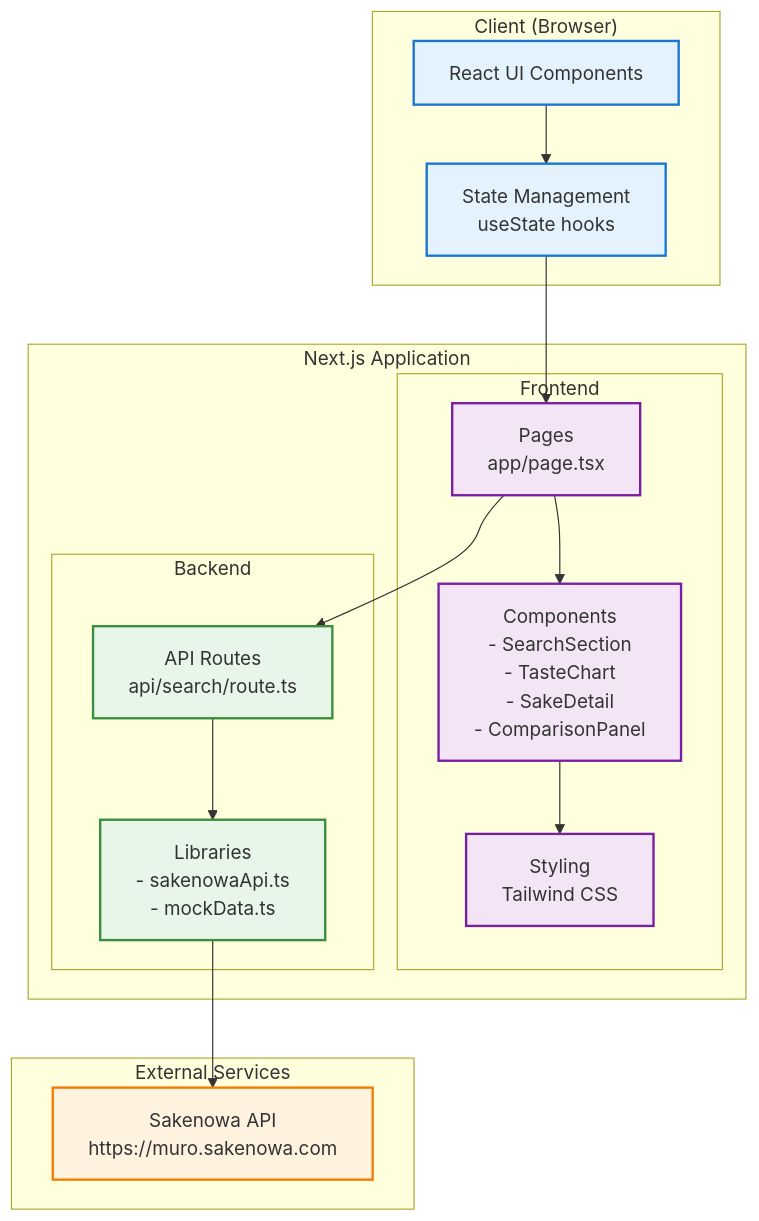
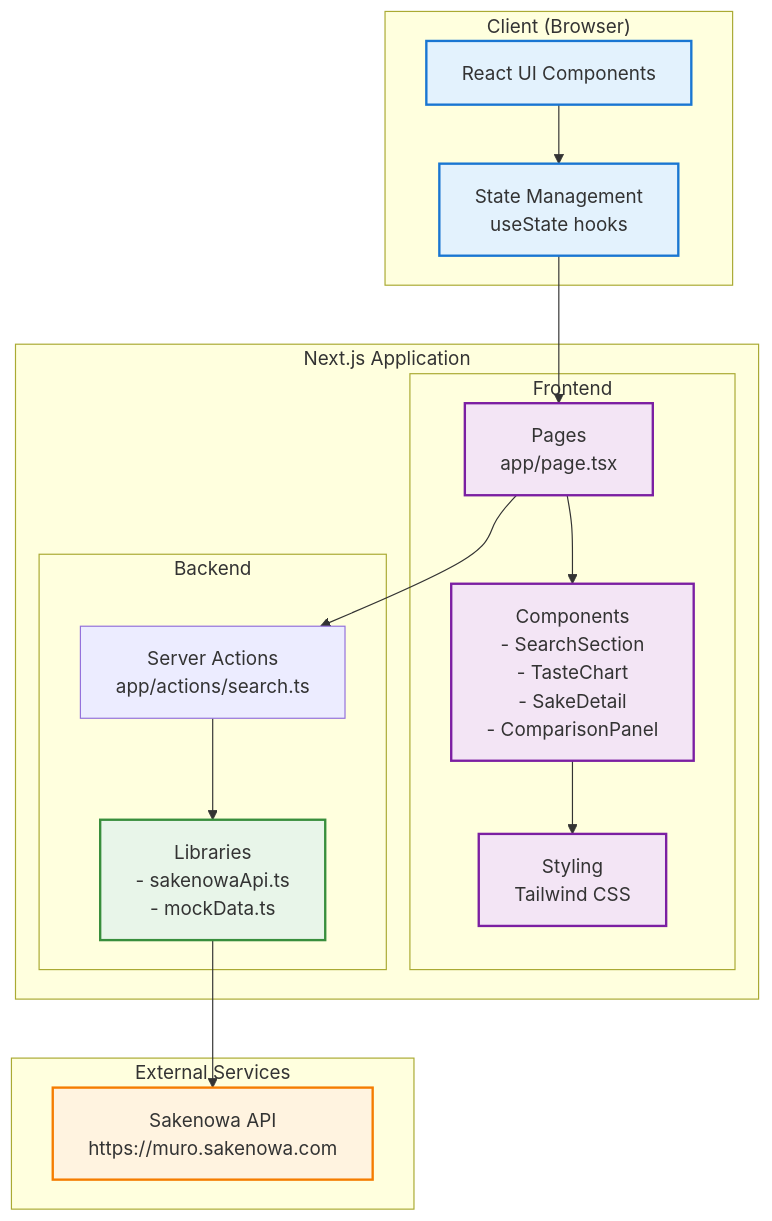
One commit to muractice/sake-search-v0.1 changed the first of 5 diagrams in sake-search-nextjs/docs/architecture-diagram.md. Above: the diagram before and after it, drawn with Mermaid. The commit also changed other lines of this file and 2 other files, not shown here.

Commit message:
docs: /api/search 記述をServer Actionsベースに更新（architecture図・HTML）; e2eから旧APIテストを削除

````diff
--- a/sake-search-nextjs/docs/architecture-diagram.md
+++ b/sake-search-nextjs/docs/architecture-diagram.md
@@ -5,43 +5,43 @@
 ```mermaid
 graph TB
     subgraph "Client (Browser)"
         UI[React UI Components]
         State[State Management<br/>useState hooks]
     end
 
     subgraph "Next.js Application"
         subgraph "Frontend"
             Pages[Pages<br/>app/page.tsx]
             Components[Components<br/>- SearchSection<br/>- TasteChart<br/>- SakeDetail<br/>- ComparisonPanel]
             Styles[Styling<br/>Tailwind CSS]
         end
 
         subgraph "Backend"
-            API[API Routes<br/>api/search/route.ts]
+            SA[Server Actions<br/>app/actions/search.ts]
             Lib[Libraries<br/>- sakenowaApi.ts<br/>- mockData.ts]
         end
     end
 
     subgraph "External Services"
         Sakenowa[Sakenowa API<br/>https://muro.sakenowa.com]
     end
 
     UI --> State
     State --> Pages
     Pages --> Components
     Components --> Styles
     
-    Pages --> API
-    API --> Lib
+    Pages --> SA
+    SA --> Lib
     Lib --> Sakenowa
 
     classDef client fill:#e3f2fd,stroke:#1976d2,stroke-width:2px
     classDef frontend fill:#f3e5f5,stroke:#7b1fa2,stroke-width:2px
     classDef backend fill:#e8f5e9,stroke:#388e3c,stroke-width:2px
     classDef external fill:#fff3e0,stroke:#f57c00,stroke-width:2px
     
     class UI,State client
     class Pages,Components,Styles frontend
     class API,Lib backend
     class Sakenowa external
 ```
````
